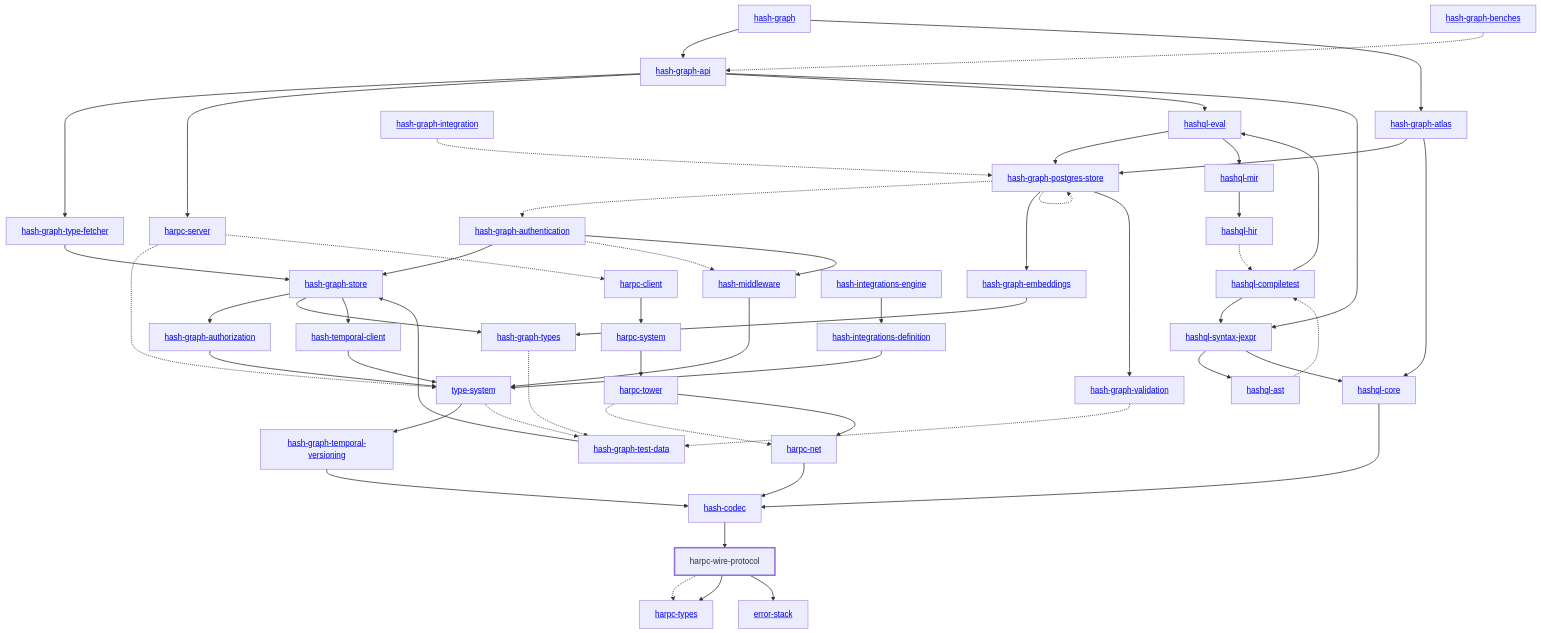
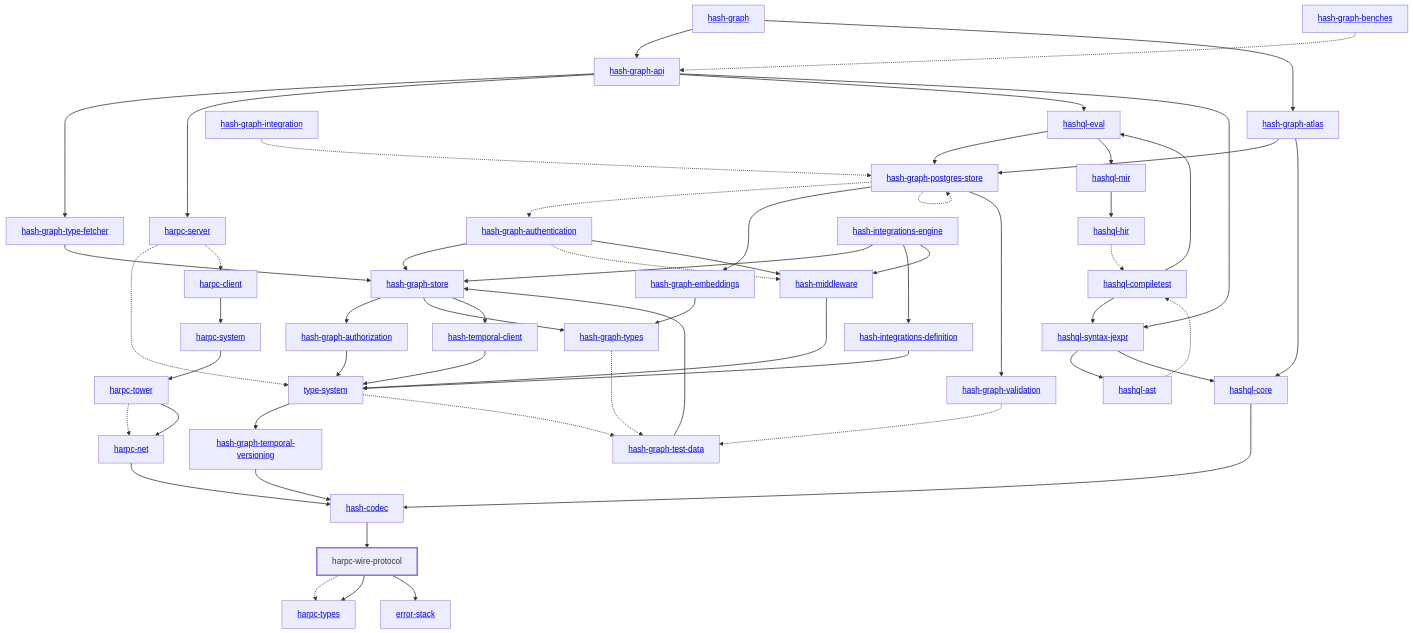
One commit to hashintel/hash changed the diagram in libs/@local/harpc/wire-protocol/docs/dependency-diagram.mmd. Above: the diagram before and after it, drawn with Mermaid. The commit also changed 21 other files, not shown here.

```diff
--- a/libs/@local/harpc/wire-protocol/docs/dependency-diagram.mmd
+++ b/libs/@local/harpc/wire-protocol/docs/dependency-diagram.mmd
@@ -1,101 +1,103 @@
 graph TD
     linkStyle default stroke-width:1.5px
     classDef default stroke-width:1px
     classDef root stroke-width:3px
     classDef dev stroke-width:1px
     classDef build stroke-width:1px
     %% Legend
     %% --> : Normal dependency
     %% -.-> : Dev dependency
     %% ---> : Build dependency
     0[<a href="../hash_graph/index.html">hash-graph</a>]
     1[<a href="../type_system/index.html">type-system</a>]
     2[<a href="../hash_codec/index.html">hash-codec</a>]
     3[<a href="../hash_graph_api/index.html">hash-graph-api</a>]
     4[<a href="../hash_graph_atlas/index.html">hash-graph-atlas</a>]
     5[<a href="../hash_graph_authentication/index.html">hash-graph-authentication</a>]
     6[<a href="../hash_graph_authorization/index.html">hash-graph-authorization</a>]
     7[<a href="../hash_graph_embeddings/index.html">hash-graph-embeddings</a>]
     8[<a href="../hash_graph_postgres_store/index.html">hash-graph-postgres-store</a>]
     9[<a href="../hash_graph_store/index.html">hash-graph-store</a>]
     10[<a href="../hash_graph_temporal_versioning/index.html">hash-graph-temporal-versioning</a>]
     11[<a href="../hash_graph_type_fetcher/index.html">hash-graph-type-fetcher</a>]
     12[<a href="../hash_graph_types/index.html">hash-graph-types</a>]
     13[<a href="../hash_graph_validation/index.html">hash-graph-validation</a>]
     14[<a href="../harpc_client/index.html">harpc-client</a>]
     15[<a href="../harpc_net/index.html">harpc-net</a>]
     16[<a href="../harpc_server/index.html">harpc-server</a>]
     17[<a href="../harpc_system/index.html">harpc-system</a>]
     18[<a href="../harpc_tower/index.html">harpc-tower</a>]
     19[<a href="../harpc_types/index.html">harpc-types</a>]
     20[harpc-wire-protocol]
     class 20 root
     21[<a href="../hashql_ast/index.html">hashql-ast</a>]
     22[<a href="../hashql_compiletest/index.html">hashql-compiletest</a>]
     23[<a href="../hashql_core/index.html">hashql-core</a>]
     24[<a href="../hashql_eval/index.html">hashql-eval</a>]
     25[<a href="../hashql_hir/index.html">hashql-hir</a>]
     26[<a href="../hashql_mir/index.html">hashql-mir</a>]
     27[<a href="../hashql_syntax_jexpr/index.html">hashql-syntax-jexpr</a>]
     28[<a href="../hash_integrations_definition/index.html">hash-integrations-definition</a>]
     29[<a href="../hash_integrations_engine/index.html">hash-integrations-engine</a>]
     30[<a href="../hash_middleware/index.html">hash-middleware</a>]
     31[<a href="../hash_temporal_client/index.html">hash-temporal-client</a>]
     32[<a href="../error_stack/index.html">error-stack</a>]
     33[<a href="../hash_graph_benches/index.html">hash-graph-benches</a>]
     34[<a href="../hash_graph_integration/index.html">hash-graph-integration</a>]
     35[<a href="../hash_graph_test_data/index.html">hash-graph-test-data</a>]
     0 --> 3
     0 --> 4
     1 --> 10
     1 -.-> 35
     2 --> 20
     3 --> 11
     3 --> 16
     3 --> 24
     3 --> 27
     4 --> 8
     4 --> 23
     5 --> 9
     5 -.-> 30
     5 --> 30
     6 --> 1
     7 --> 12
     8 -.-> 5
     8 --> 7
     8 -.-> 8
     8 --> 13
     9 --> 6
     9 --> 12
     9 --> 31
     10 --> 2
     11 --> 9
     12 -.-> 35
     13 -.-> 35
     14 --> 17
     15 --> 2
     16 -.-> 1
     16 -.-> 14
     17 --> 18
     18 -.-> 15
     18 --> 15
     20 -.-> 19
     20 --> 19
     20 --> 32
     21 -.-> 22
     22 --> 24
     22 --> 27
     23 --> 2
     24 --> 8
     24 --> 26
     25 -.-> 22
     26 --> 25
     27 --> 21
     27 --> 23
     28 --> 1
+    29 --> 9
     29 --> 28
+    29 --> 30
     30 --> 1
     31 --> 1
     33 -.-> 3
     34 -.-> 8
     35 --> 9
```
